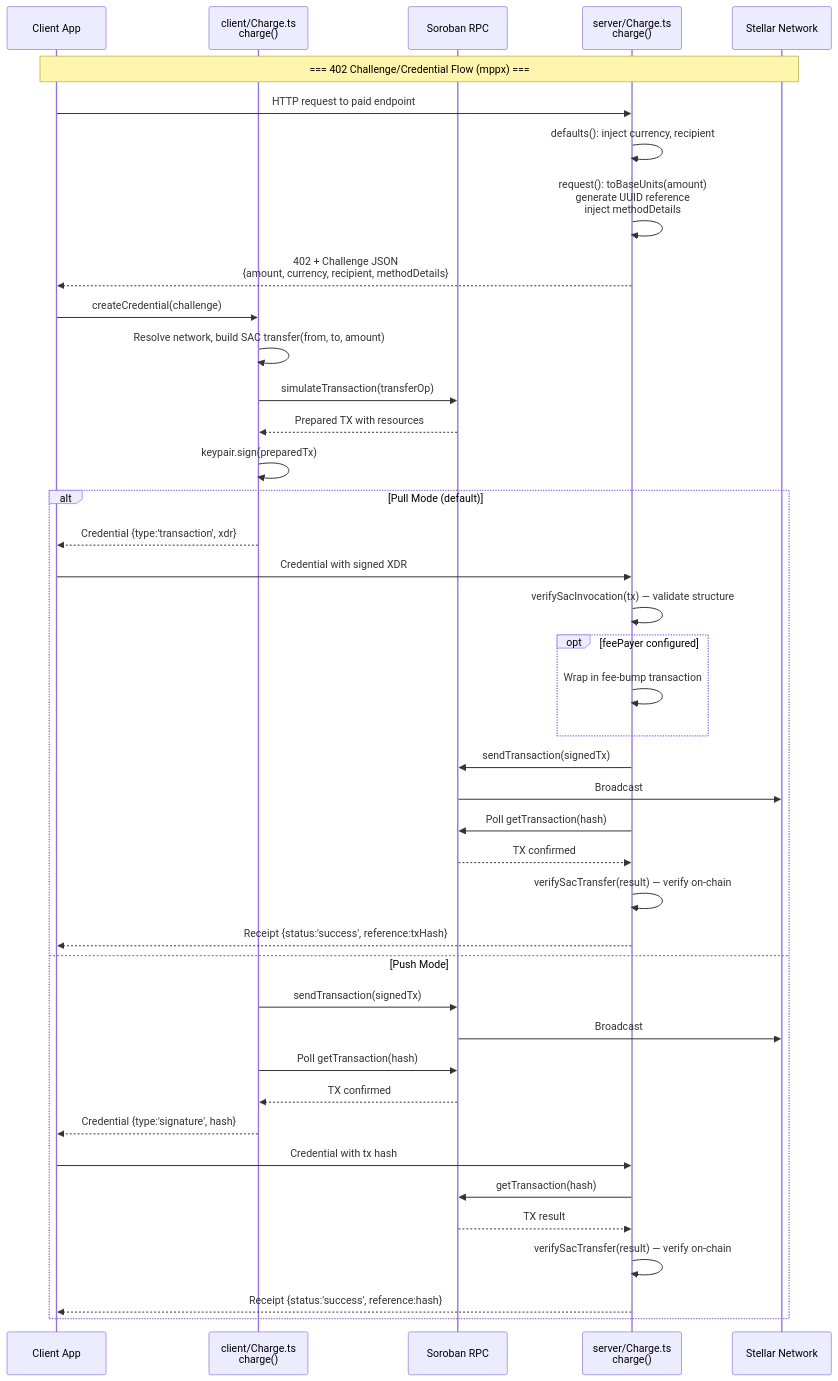
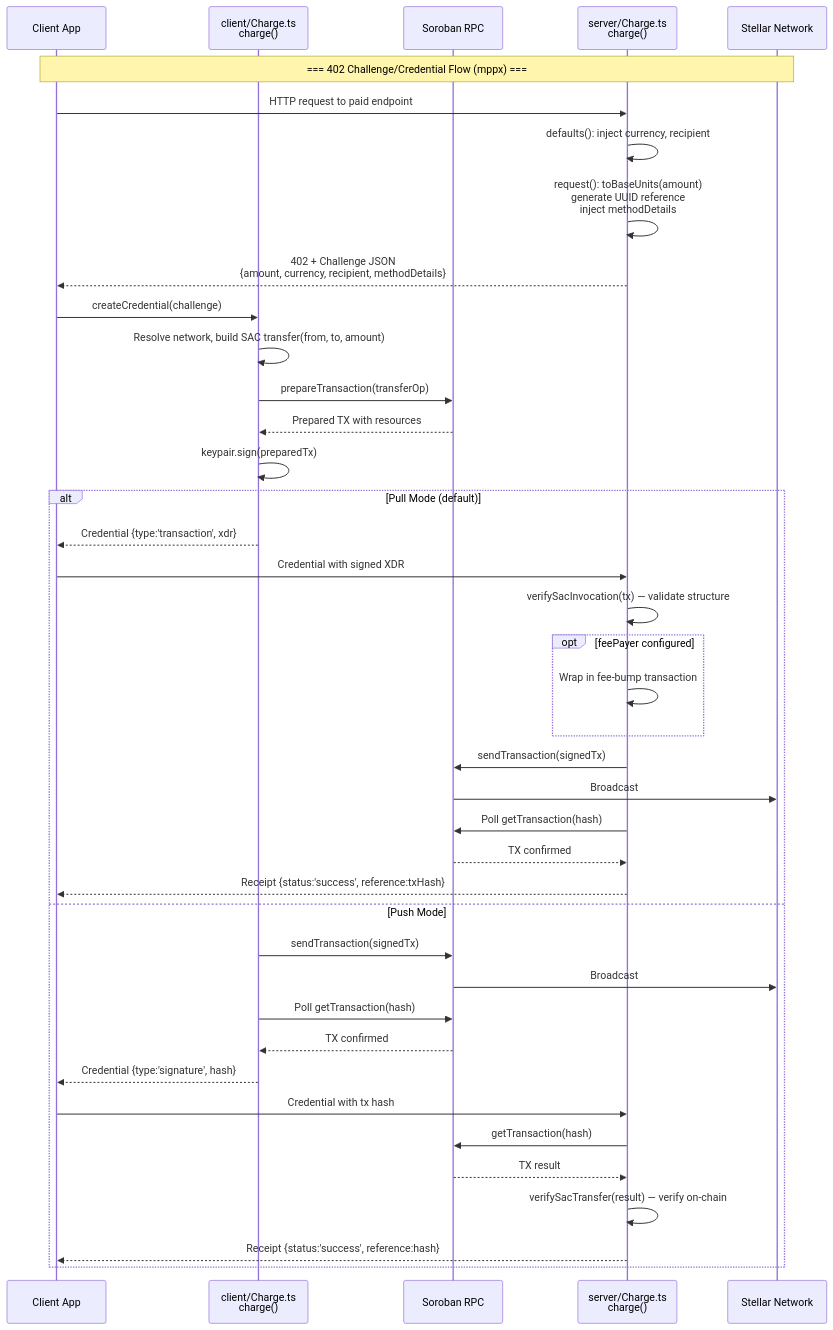
The diagram in diagrams/charge-flow.md (stellar-experimental/stellar-mpp-sdk), drawn with Mermaid before and after one commit. The commit also changed 3 other files, not shown here.

Commit message:
docs: fix diagram inaccuracies per PR review comments

````diff
--- a/diagrams/charge-flow.md
+++ b/diagrams/charge-flow.md
@@ -3,48 +3,47 @@
 ```mermaid
 sequenceDiagram
     participant App as Client App
     participant CC as client/Charge.ts<br/>charge()
     participant RPC as Soroban RPC
     participant SC as server/Charge.ts<br/>charge()
     participant Chain as Stellar Network
 
     Note over App,Chain: === 402 Challenge/Credential Flow (mppx) ===
 
     App->>SC: HTTP request to paid endpoint
     SC->>SC: defaults(): inject currency, recipient
     SC->>SC: request(): toBaseUnits(amount)<br/>generate UUID reference<br/>inject methodDetails
     SC-->>App: 402 + Challenge JSON<br/>{amount, currency, recipient, methodDetails}
 
     App->>CC: createCredential(challenge)
     CC->>CC: Resolve network, build SAC transfer(from, to, amount)
-    CC->>RPC: simulateTransaction(transferOp)
+    CC->>RPC: prepareTransaction(transferOp)
     RPC-->>CC: Prepared TX with resources
 
     CC->>CC: keypair.sign(preparedTx)
 
     alt Pull Mode (default)
         CC-->>App: Credential {type:'transaction', xdr}
         App->>SC: Credential with signed XDR
         SC->>SC: verifySacInvocation(tx) — validate structure
         opt feePayer configured
             SC->>SC: Wrap in fee-bump transaction
         end
         SC->>RPC: sendTransaction(signedTx)
         RPC->>Chain: Broadcast
         SC->>RPC: Poll getTransaction(hash)
         RPC-->>SC: TX confirmed
-        SC->>SC: verifySacTransfer(result) — verify on-chain
         SC-->>App: Receipt {status:'success', reference:txHash}
     else Push Mode
         CC->>RPC: sendTransaction(signedTx)
         RPC->>Chain: Broadcast
         CC->>RPC: Poll getTransaction(hash)
         RPC-->>CC: TX confirmed
         CC-->>App: Credential {type:'signature', hash}
         App->>SC: Credential with tx hash
         SC->>RPC: getTransaction(hash)
         RPC-->>SC: TX result
         SC->>SC: verifySacTransfer(result) — verify on-chain
         SC-->>App: Receipt {status:'success', reference:hash}
     end
 ```
````
